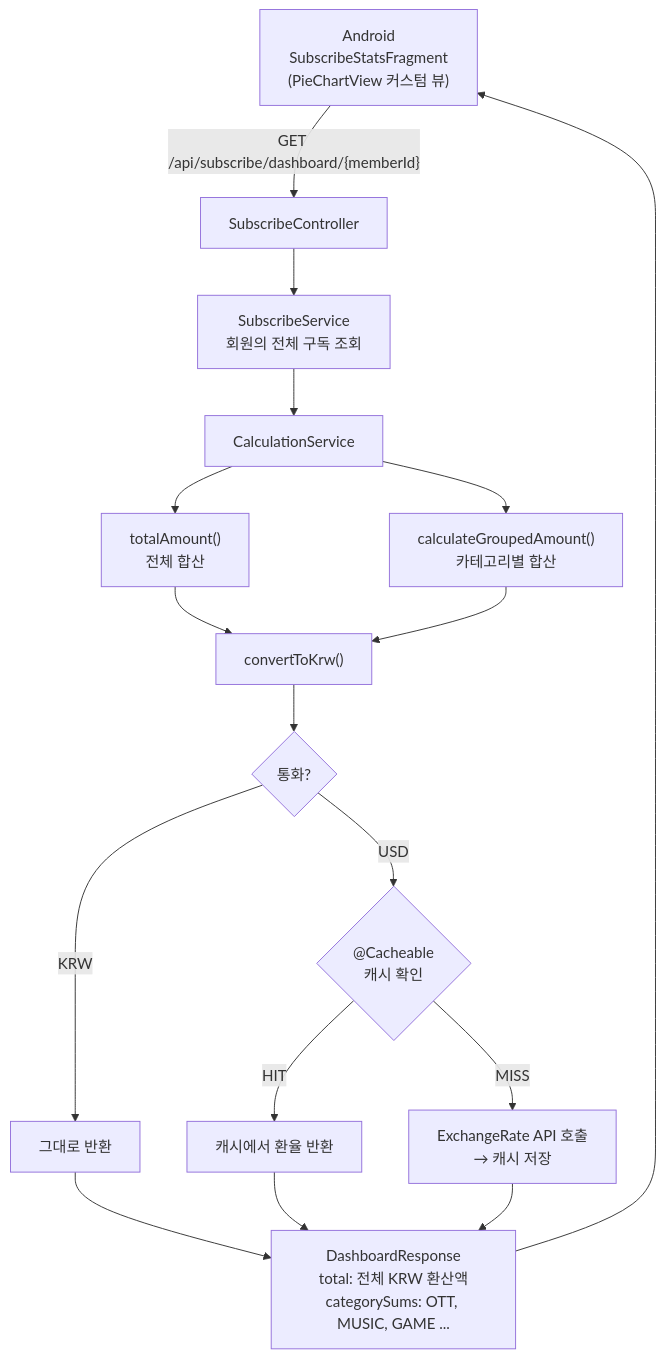
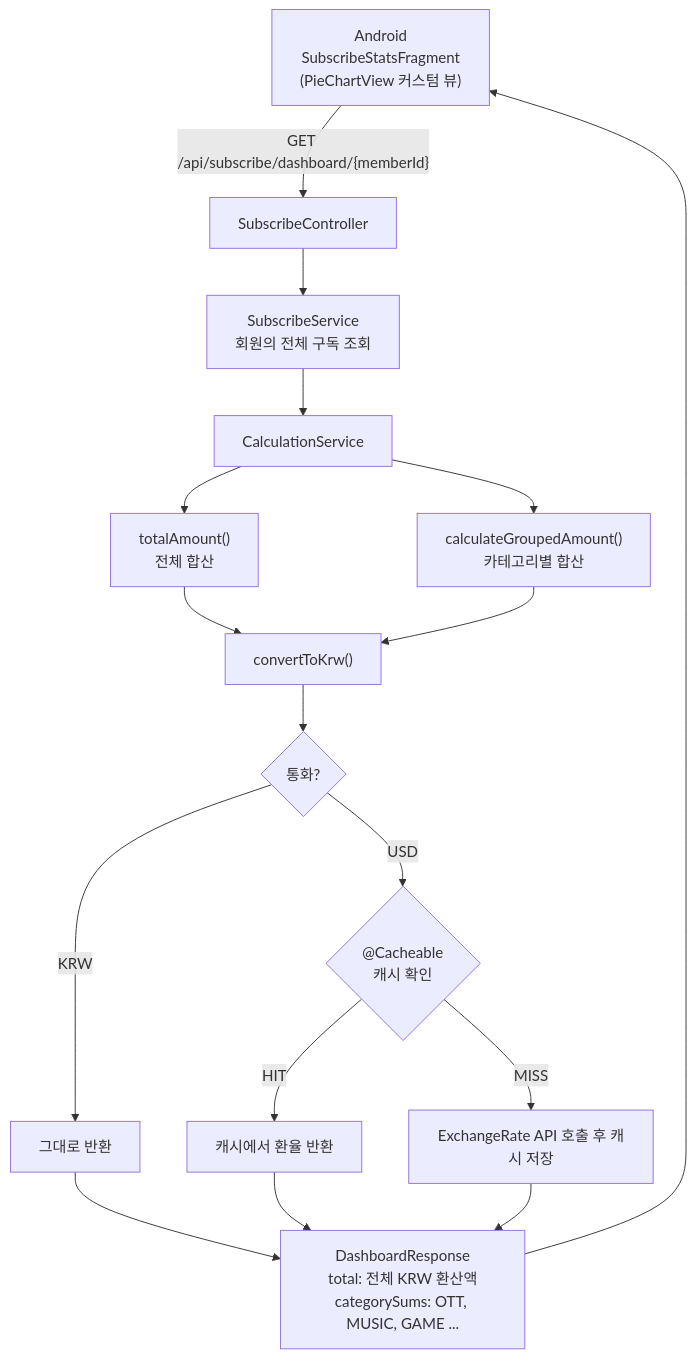
Before and after one commit to JamongFriend/jamongfriend.github.io: the sixth of 8 diagrams in public/flows/DalmoaFlow.md, drawn with Mermaid. The commit also changed other lines of this file and 4 other files, not shown here.

Commit message:
refactor: mermaid 스크립트 오류 수정

````diff
--- a/public/flows/DalmoaFlow.md
+++ b/public/flows/DalmoaFlow.md
@@ -185,25 +185,25 @@
 ```mermaid
 flowchart TD
     App["Android\nSubscribeStatsFragment\n(PieChartView 커스텀 뷰)"]
 
     App -->|"GET /api/subscribe/dashboard/{memberId}"| Ctrl["SubscribeController"]
     Ctrl --> SubSvc["SubscribeService\n회원의 전체 구독 조회"]
 
     SubSvc --> CalcSvc["CalculationService"]
 
     CalcSvc --> Total["totalAmount()\n전체 합산"]
     CalcSvc --> Group["calculateGroupedAmount()\n카테고리별 합산"]
 
     Total --> Convert["convertToKrw()"]
     Group --> Convert
 
     Convert --> Check{"통화?"}
     Check -- KRW --> Direct["그대로 반환"]
     Check -- USD --> Cache{"@Cacheable\n캐시 확인"}
     Cache -- HIT --> CacheReturn["캐시에서 환율 반환"]
-    Cache -- MISS --> ExtAPI["ExchangeRate API 호출\n→ 캐시 저장"]
+    Cache -- MISS --> ExtAPI["ExchangeRate API 호출 후 캐시 저장"]
 
     Direct & CacheReturn & ExtAPI --> Response["DashboardResponse\ntotal: 전체 KRW 환산액\ncategorySums: OTT, MUSIC, GAME ..."]
 
     Response --> App
 ```
````
